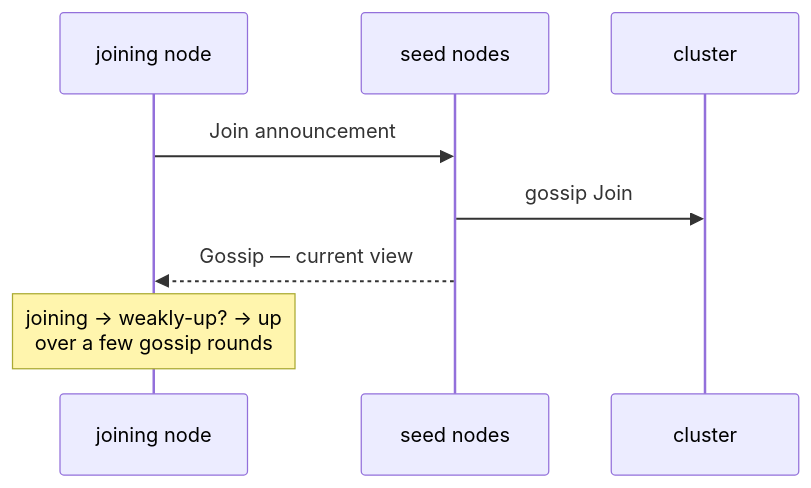
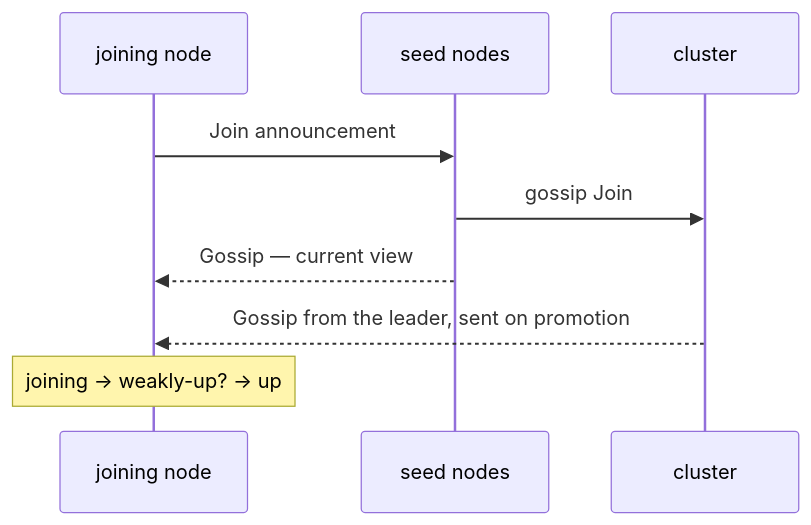
One commit to pathosDev/actor-ts changed the first of 2 diagrams in docs/src/content/docs/cluster/joining-and-seeds.mdx. Above: the diagram before and after it, drawn with Mermaid. The commit also changed other lines of this file and 6 other files, not shown here.

````diff
--- a/docs/src/content/docs/cluster/joining-and-seeds.mdx
+++ b/docs/src/content/docs/cluster/joining-and-seeds.mdx
@@ -11,10 +15,11 @@
 ```mermaid
 sequenceDiagram
   participant J as joining node
   participant S as seed nodes
   participant C as cluster
   J->>S: Join announcement
   S->>C: gossip Join
   S-->>J: Gossip — current view
-  Note over J: joining → weakly-up? → up<br/>over a few gossip rounds
+  C-->>J: Gossip from the leader, sent on promotion
+  Note over J: joining → weakly-up? → up
 ```
````
